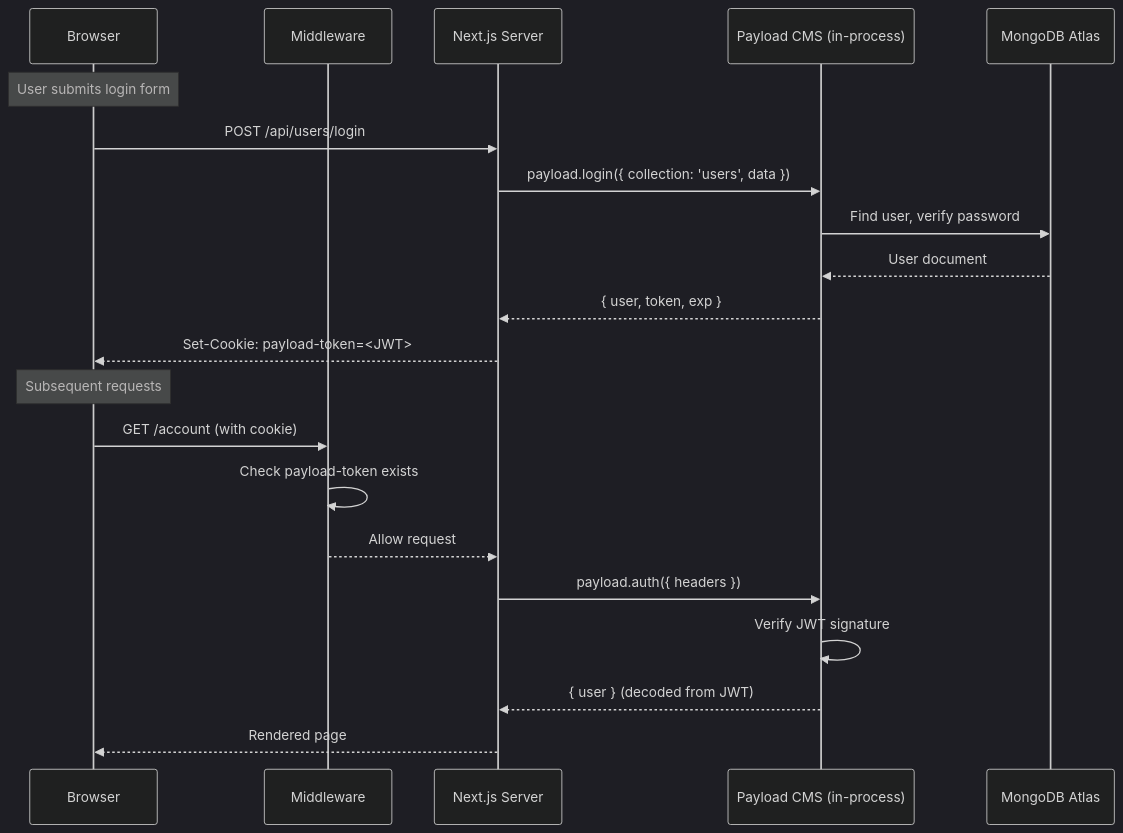
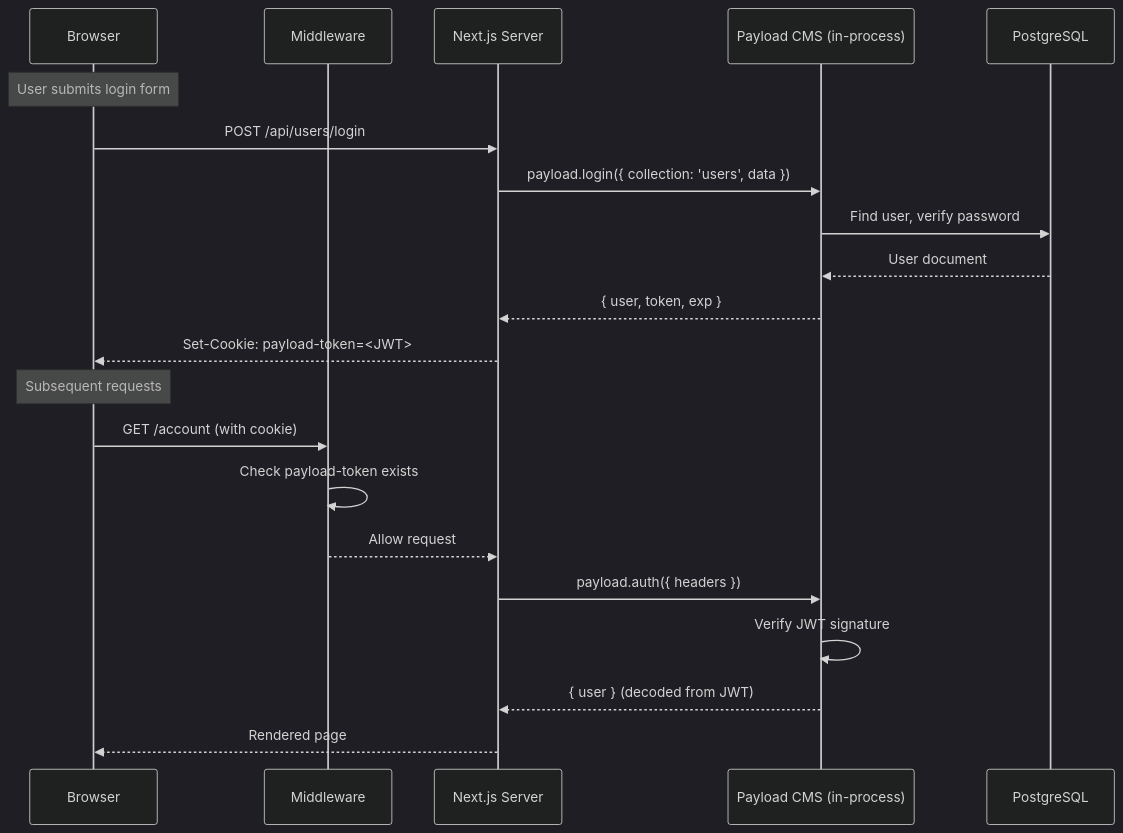
Before and after one commit to proutyio/ocfcrews-docs: the third of 5 diagrams in docs/architecture/data-flow.md, drawn with Mermaid (dark theme). The commit also changed other lines of this file and 34 other files, not shown here.

````diff
--- a/docs/architecture/data-flow.md
+++ b/docs/architecture/data-flow.md
@@ -120,27 +120,27 @@
 ```mermaid
 sequenceDiagram
     participant Browser
     participant MW as Middleware
     participant Next as Next.js Server
     participant Payload as Payload CMS (in-process)
-    participant DB as MongoDB Atlas
+    participant DB as PostgreSQL
 
     Note over Browser: User submits login form
 
     Browser->>Next: POST /api/users/login
     Next->>Payload: payload.login({ collection: 'users', data })
     Payload->>DB: Find user, verify password
     DB-->>Payload: User document
     Payload-->>Next: { user, token, exp }
     Next-->>Browser: Set-Cookie: payload-token=<JWT>
 
     Note over Browser: Subsequent requests
 
     Browser->>MW: GET /account (with cookie)
     MW->>MW: Check payload-token exists
     MW-->>Next: Allow request
     Next->>Payload: payload.auth({ headers })
     Payload->>Payload: Verify JWT signature
     Payload-->>Next: { user } (decoded from JWT)
     Next-->>Browser: Rendered page
 ```
````
